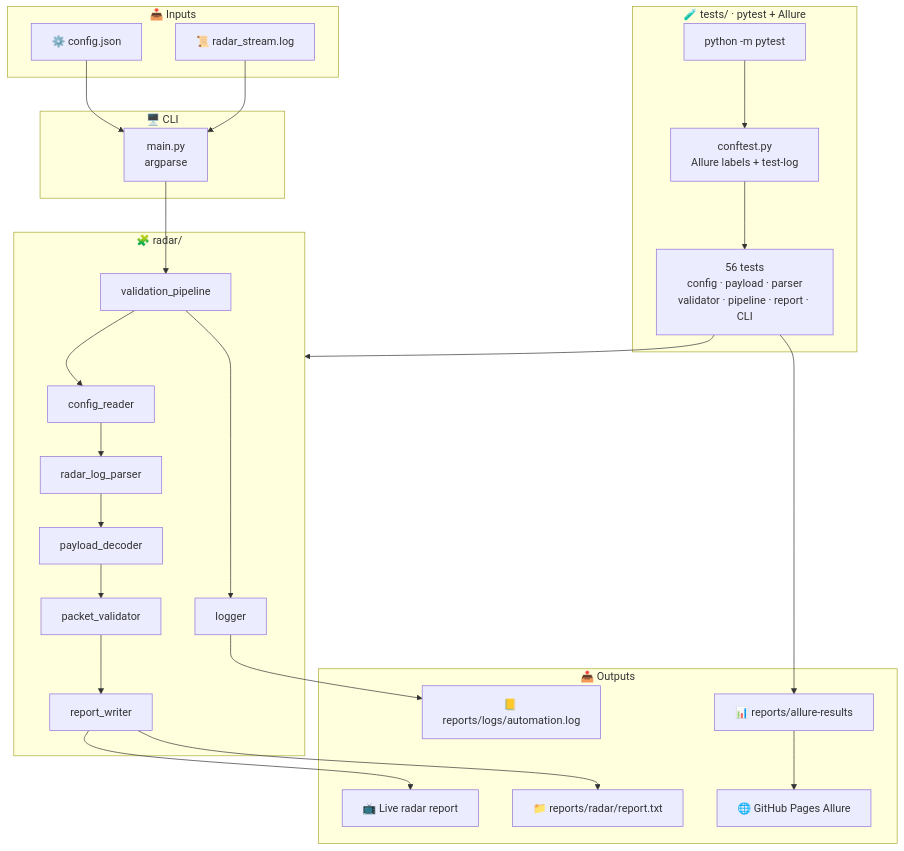
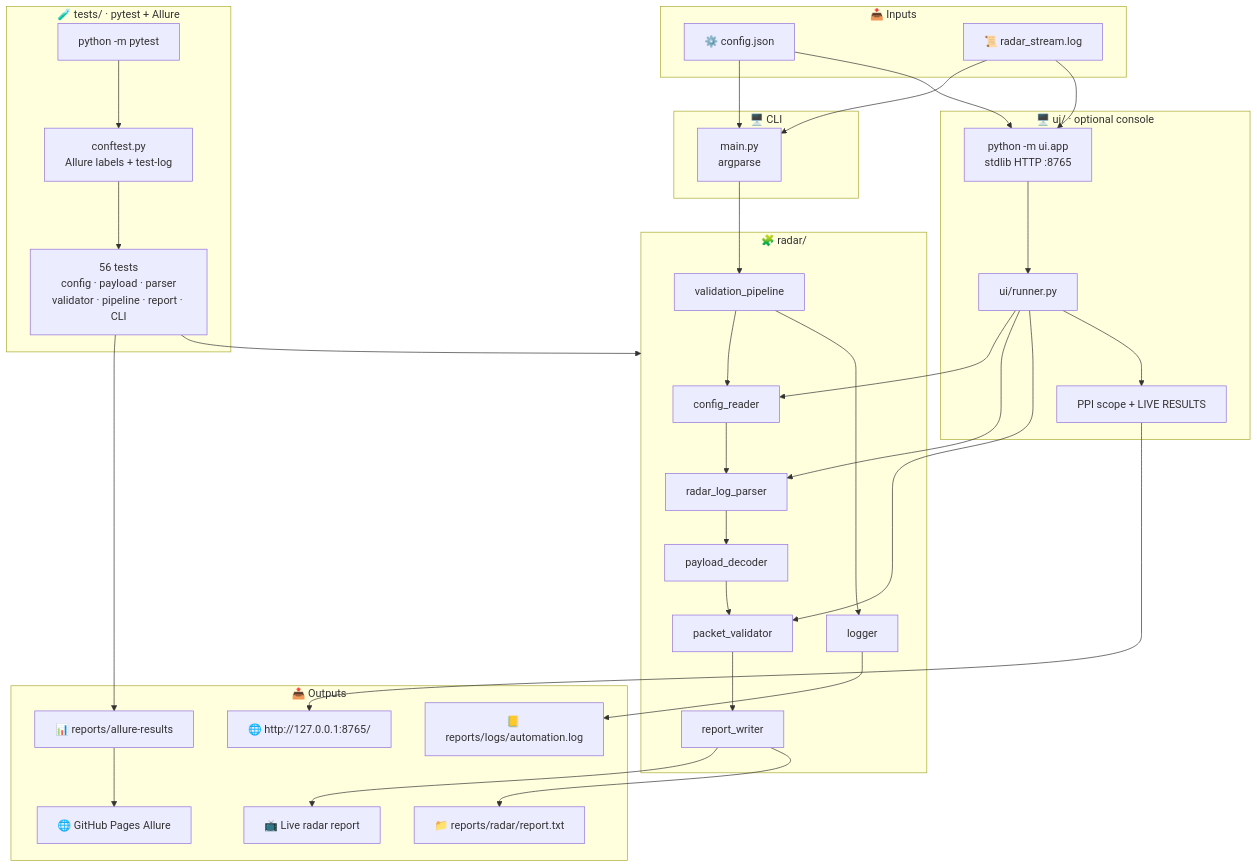
One commit to shlomi10/radar_system changed the first of 3 diagrams in README.md. Above: the diagram before and after it, drawn with Mermaid. The commit also changed other lines of this file, not shown here.

Commit message:
Show the optional radar console in the architecture diagram.

````diff
--- a/README.md
+++ b/README.md
@@ -59,54 +59,70 @@
 ```mermaid
 flowchart TB
     subgraph IN["📥 Inputs"]
         CFG["⚙️ config.json"]
         LOG["📜 radar_stream.log"]
     end
 
     subgraph CORE["🧩 radar/"]
         LOAD["config_reader"]
         PARSE["radar_log_parser"]
         PAY["payload_decoder"]
         VAL["packet_validator"]
         PIPE["validation_pipeline"]
         REP["report_writer"]
         LG["logger"]
     end
 
     subgraph RUNTIME["🖥️ CLI"]
         MAIN["main.py<br/>argparse"]
     end
 
+    subgraph UI["🖥️ ui/  ·  optional console"]
+        APP["python -m ui.app<br/>stdlib HTTP :8765"]
+        RUN["ui/runner.py"]
+        VIEW["PPI scope + LIVE RESULTS"]
+    end
+
     subgraph TESTS["🧪 tests/  ·  pytest + Allure"]
         PYT["python -m pytest"]
         CONF["conftest.py<br/>Allure labels + test-log"]
         SUITE["56 tests<br/>config · payload · parser<br/>validator · pipeline · report · CLI"]
     end
 
     subgraph OUT["📤 Outputs"]
         LIVE["📺 Live radar report"]
         FILE["📁 reports/radar/report.txt"]
         ALOG["📒 reports/logs/automation.log"]
         ARES["📊 reports/allure-results"]
         PAGES["🌐 GitHub Pages Allure"]
+        CONSOLE["🌐 http://127.0.0.1:8765/"]
     end
 
     CFG --> MAIN
     LOG --> MAIN
     MAIN --> PIPE
     PIPE --> LOAD
     LOAD --> PARSE
     PARSE --> PAY
     PAY --> VAL
     VAL --> REP
     PIPE --> LG
     REP --> LIVE
     REP --> FILE
     LG --> ALOG
 
+    CFG --> APP
+    LOG --> APP
+    APP --> RUN
+    RUN --> LOAD
+    RUN --> PARSE
+    RUN --> VAL
+    RUN --> VIEW
+    VIEW --> CONSOLE
+
     PYT --> CONF
     CONF --> SUITE
     SUITE --> CORE
     SUITE --> ARES
     ARES --> PAGES
 ```
````
